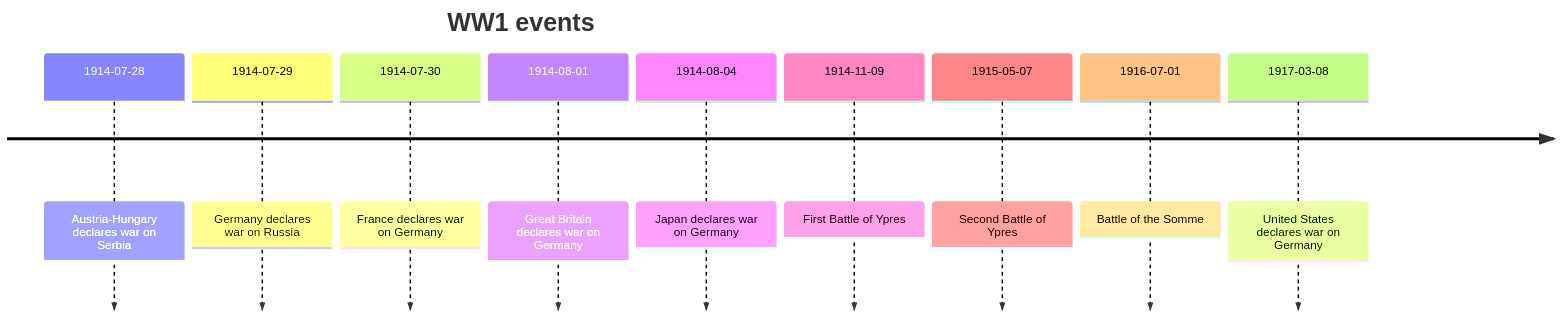
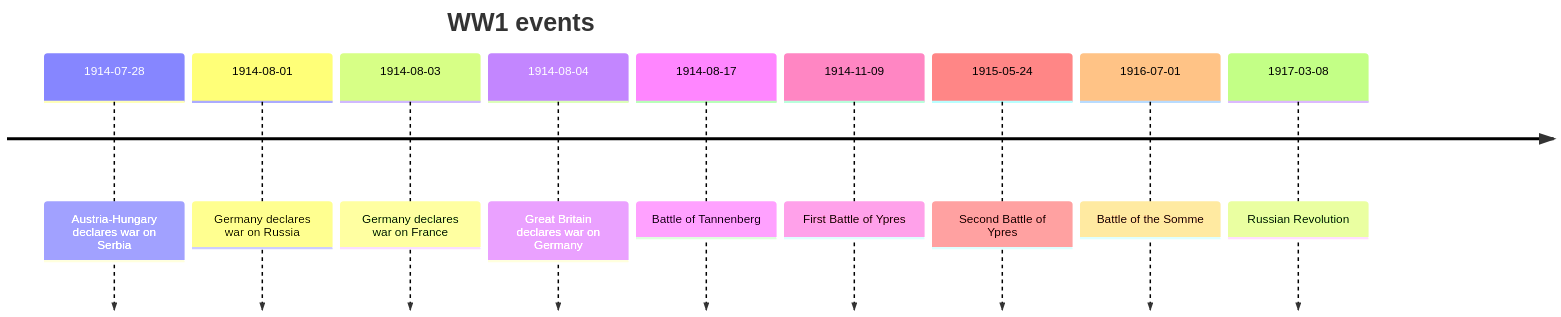
One commit to antononcube/Raku-Text-SubParsers changed the diagram in README.md. Above: the diagram before and after it, drawn with Mermaid. The commit also changed other lines of this file and 1 other file, not shown here.

Commit message:
docs:Better explanations.

````diff
--- a/README.md
+++ b/README.md
@@ -180,13 +183,13 @@
 ```mermaid
 timeline
 	title WW1 events
 	1914-07-28 : Austria-Hungary declares war on Serbia
-	1914-07-29 : Germany declares war on Russia
-	1914-07-30 : France declares war on Germany
-	1914-08-01 : Great Britain declares war on Germany
-	1914-08-04 : Japan declares war on Germany
+	1914-08-01 : Germany declares war on Russia
+	1914-08-03 : Germany declares war on France
+	1914-08-04 : Great Britain declares war on Germany
+	1914-08-17 : Battle of Tannenberg
 	1914-11-09 : First Battle of Ypres
-	1915-05-07 : Second Battle of Ypres
+	1915-05-24 : Second Battle of Ypres
 	1916-07-01 : Battle of the Somme
-	1917-03-08 : United States declares war on Germany
+	1917-03-08 : Russian Revolution
 ```
````
